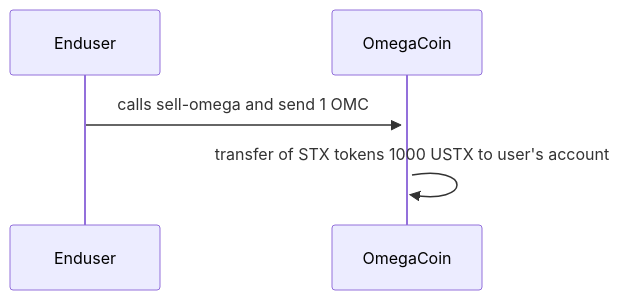
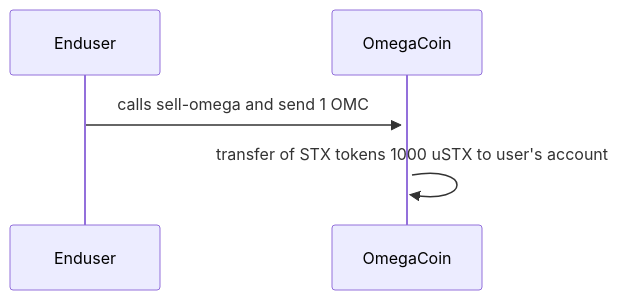
The diagram in 003-ft/clarinet-projects/arsalankhan/my-token-contract/diagrams/EndUserSell.mmd (tintash/clarity-projects), drawn with Mermaid before and after one commit. The commit also changed 1 other file, not shown here.

Commit message:
diagrams updated

```diff
--- a/003-ft/clarinet-projects/arsalankhan/my-token-contract/diagrams/EndUserSell.mmd
+++ b/003-ft/clarinet-projects/arsalankhan/my-token-contract/diagrams/EndUserSell.mmd
@@ -1,3 +1,3 @@
 sequenceDiagram
   Enduser->>+OmegaCoin: calls sell-omega and send 1 OMC
-  OmegaCoin->>+OmegaCoin: transfer of STX tokens 1000 USTX to user's account
+  OmegaCoin->>+OmegaCoin: transfer of STX tokens 1000 uSTX to user's account
```
